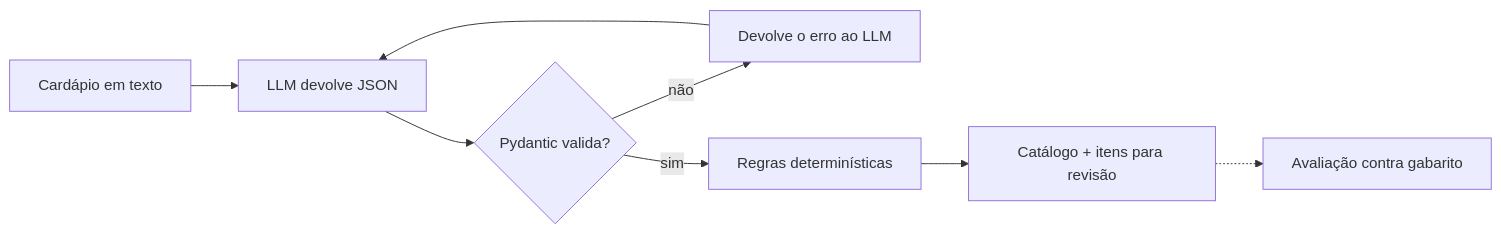
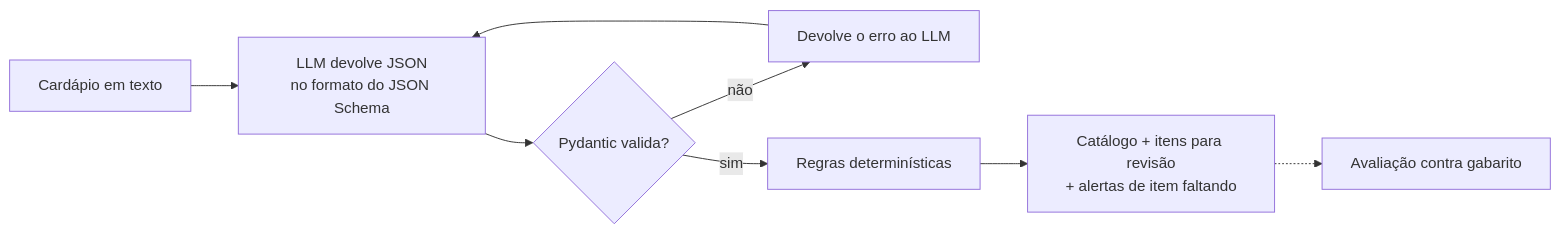
The diagram in README.md (thiagoflcosta/cardapio-ai), drawn with Mermaid before and after one commit. The commit also changed other lines of this file and 21 other files, not shown here.

First line of the commit message:
Fase 1: saída com JSON Schema, alerta de item faltando e CI

````diff
--- a/README.md
+++ b/README.md
@@ -13,9 +15,9 @@
 ```mermaid
 flowchart LR
-    A[Cardápio em texto] --> B[LLM devolve JSON]
+    A[Cardápio em texto] --> B[LLM devolve JSON<br>no formato do JSON Schema]
     B --> C{Pydantic valida?}
     C -- não --> D[Devolve o erro ao LLM] --> B
     C -- sim --> E[Regras determinísticas]
-    E --> F[Catálogo + itens para revisão]
+    E --> F[Catálogo + itens para revisão<br>+ alertas de item faltando]
     F -.-> G[Avaliação contra gabarito]
 ```
````
